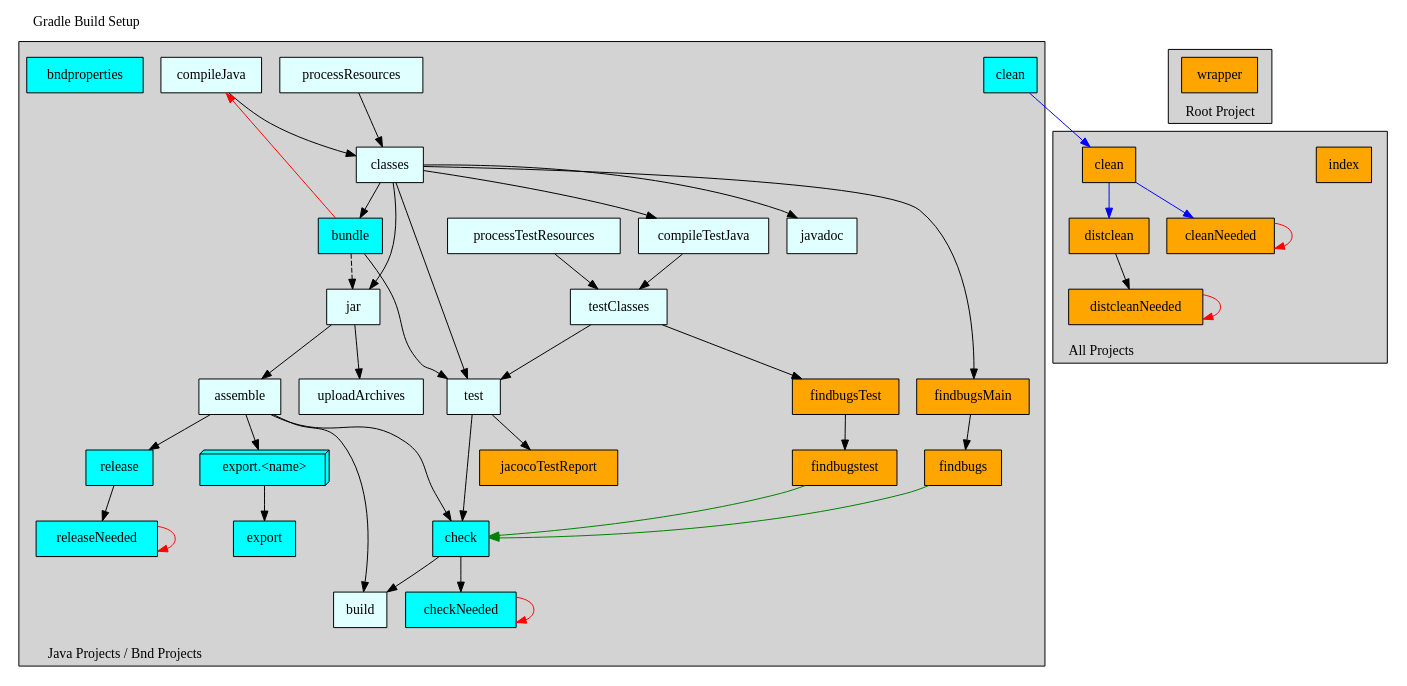
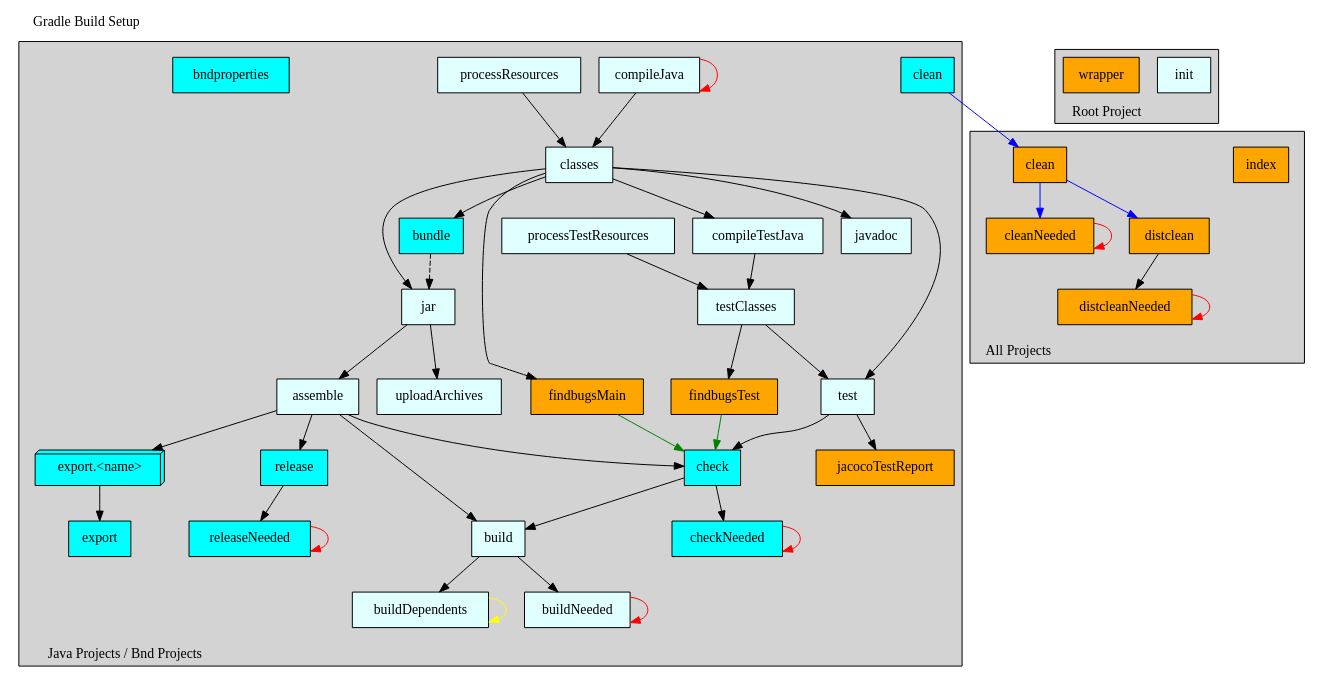
The diagram in cnf/gradle/doc/template.dot (paulvi/bndtoolsPlugins), drawn with Graphviz before and after one commit. The commit also changed 5 other files, not shown here.

```diff
--- a/cnf/gradle/doc/template.dot
+++ b/cnf/gradle/doc/template.dot
@@ -1,170 +1,188 @@
 /*
  * WARNING
  *
  * This file is maintained automatically by Bndtools.
  * You should not edit it.
  *
  * See the BUILDING-GRADLE.md document in the root project for more details.
  *
  * To create an SVG diagram from this file, install graphviz and run:
  *   dot -Tsvg "$1.dot" -o "$1.svg"   (on a Linux   machine)
  *   dot -Tsvg "%1.dot" -o "%1.svg"   (on a Windows machine)
  */
 
 
 digraph GradleSetup {
   label="Gradle Build Setup"
   labelloc=t
   labeljust=l
 
   subgraph cluster1 {
     label="Java Projects / Bnd Projects";
     labelloc=b
     labeljust=l
     style=filled;
     fillcolor=lightgrey;
     color=black;
 
-    subgraph cluster11 {
+    subgraph cluster101 {
       label="";
       style=invis;
       compileJava          [shape=box, style=filled, fillcolor=lightcyan, label="compileJava"         ]
       processResources     [shape=box, style=filled, fillcolor=lightcyan, label="processResources"    ]
       classes              [shape=box, style=filled, fillcolor=lightcyan, label="classes"             ]
+    }
+
+    subgraph cluster102 {
+      label="";
+      style=invis;
       jar                  [shape=box, style=filled, fillcolor=lightcyan, label="jar"                 ]
       bundle               [shape=box, style=filled, fillcolor=cyan     , label="bundle"              ]
     }
 
-    subgraph cluster12 {
+    subgraph cluster103 {
       label="";
       style=invis;
       compileTestJava      [shape=box, style=filled, fillcolor=lightcyan, label="compileTestJava"     ]
       processTestResources [shape=box, style=filled, fillcolor=lightcyan, label="processTestResources"]
       testClasses          [shape=box, style=filled, fillcolor=lightcyan, label="testClasses"         ]
-      test                 [shape=box, style=filled, fillcolor=lightcyan, label="test"                ]
-      jacocoTestReport     [shape=box, style=filled, fillcolor=orange   , label="jacocoTestReport"    ]
     }
 
-    subgraph cluster13 {
+    subgraph cluster104 {
+      label="";
+      style=invis;
+      test                 [shape=box, style=filled, fillcolor=lightcyan, label="test"                ]
+    }
+
+    subgraph cluster105 {
       label="";
       style=invis;
       uploadArchives       [shape=box, style=filled, fillcolor=lightcyan, label="uploadArchives"      ]
       assemble             [shape=box, style=filled, fillcolor=lightcyan, label="assemble"            ]
     }
 
-    subgraph cluster14 {
+    subgraph cluster106 {
       label="";
       style=invis;
       check                [shape=box, style=filled, fillcolor=cyan     , label="check"               ]
       checkNeeded          [shape=box, style=filled, fillcolor=cyan     , label="checkNeeded"         ]
     }
 
-    subgraph cluster15 {
+    subgraph cluster107 {
       label="";
       style=invis;
       release              [shape=box, style=filled, fillcolor=cyan     , label="release"             ]
       releaseNeeded        [shape=box, style=filled, fillcolor=cyan     , label="releaseNeeded"       ]
     }
 
-    subgraph cluster16 {
+    subgraph cluster108 {
       label="";
       style=invis;
       exportX              [shape=box3d, style=filled, fillcolor=cyan   , label="export.<name>"       ]
       export               [shape=box  , style=filled, fillcolor=cyan   , label="export"              ]
     }
 
-    subgraph cluster17 {
+    subgraph cluster109 {
       label="";
       style=invis;
-      findbugs             [shape=box, style=filled, fillcolor=orange   , label="findbugs"            ]
-      findbugsMain         [shape=box, style=filled, fillcolor=orange   , label="findbugsMain"        ]
-      findbugstest         [shape=box, style=filled, fillcolor=orange   , label="findbugstest"        ]
-      findbugsTest         [shape=box, style=filled, fillcolor=orange   , label="findbugsTest"        ]
+      build                [shape=box, style=filled, fillcolor=lightcyan, label="build"               ]
+      buildDependents      [shape=box, style=filled, fillcolor=lightcyan, label="buildDependents"     ]
+      buildNeeded          [shape=box, style=filled, fillcolor=lightcyan, label="buildNeeded"         ]
     }
 
-    build                  [shape=box, style=filled, fillcolor=lightcyan, label="build"               ]
+    subgraph cluster110 {
+      label="";
+      style=invis;
+    }
+
     javadoc                [shape=box, style=filled, fillcolor=lightcyan, label="javadoc"             ]
+
     clean                  [shape=box, style=filled, fillcolor=cyan     , label="clean"               ]
     bndproperties          [shape=box, style=filled, fillcolor=cyan     , label="bndproperties"       ]
+    jacocoTestReport       [shape=box, style=filled, fillcolor=orange   , label="jacocoTestReport"    ]
+    findbugsMain           [shape=box, style=filled, fillcolor=orange   , label="findbugsMain"        ]
+    findbugsTest           [shape=box, style=filled, fillcolor=orange   , label="findbugsTest"        ]
 
     compileJava            -> classes
     processResources       -> classes
     classes                -> javadoc
-    classes                -> test
     classes                -> compileTestJava
     classes                -> jar
+    classes                -> test
     compileTestJava        -> testClasses
     processTestResources   -> testClasses
     jar                    -> uploadArchives
     jar                    -> assemble
     testClasses            -> test
     assemble               -> build
     assemble               -> check
     test                   -> check
     check                  -> checkNeeded
     checkNeeded            -> checkNeeded        [color=red   ]
     check                  -> build
+    build                  -> buildDependents
+    buildDependents        -> buildDependents    [color=yellow]
+    build                  -> buildNeeded
+    buildNeeded            -> buildNeeded        [color=red   ]
 
     classes                -> bundle
-    bundle                 -> compileJava        [color=red   ]
     bundle                 -> jar                [style=dashed]
-    bundle                 -> test
+    compileJava            -> compileJava        [color=red   ]
     assemble               -> release
     assemble               -> exportX
     exportX                -> export
     release                -> releaseNeeded
     releaseNeeded          -> releaseNeeded      [color=red   ]
 
     classes                -> findbugsMain
     testClasses            -> findbugsTest
-    findbugsMain           -> findbugs
-    findbugsTest           -> findbugstest
-    findbugs               -> check              [color=green ]
-    findbugstest           -> check              [color=green ]
+    findbugsMain           -> check              [color=green ]
+    findbugsTest           -> check              [color=green ]
     test                   -> jacocoTestReport
   }
 
 
   subgraph cluster2 {
     label="Root Project";
     labelloc=b
     labeljust=l
     style=filled;
     fillcolor=lightgrey;
     color=black;
 
+    init                   [shape=box, style=filled, fillcolor=lightcyan, label="init"                ]
     wrapper                [shape=box, style=filled, fillcolor=orange   , label="wrapper"             ]
   }
 
 
   subgraph cluster3 {
     label="All Projects";
     labelloc=b
     labeljust=l
     style=filled;
     fillcolor=lightgrey;
     color=black;
 
-    subgraph cluster31 {
+    subgraph cluster301 {
       label="";
       style=invis;
       index                [shape=box, style=filled, fillcolor=orange   , label="index"               ]
     }
 
-    subgraph cluster32 {
+    subgraph cluster302 {
       label="";
       style=invis;
       cleanAll             [shape=box, style=filled, fillcolor=orange   , label="clean"               ]
       cleanAllNeeded       [shape=box, style=filled, fillcolor=orange   , label="cleanNeeded"         ]
       distclean            [shape=box, style=filled, fillcolor=orange   , label="distclean"           ]
       distcleanNeeded      [shape=box, style=filled, fillcolor=orange   , label="distcleanNeeded"     ]
     }
 
     clean                  -> cleanAll           [color=blue  ]
     cleanAll               -> cleanAllNeeded     [color=blue  ]
     cleanAllNeeded         -> cleanAllNeeded     [color=red   ]
     cleanAll               -> distclean          [color=blue  ]
     distclean              -> distcleanNeeded
     distcleanNeeded        -> distcleanNeeded    [color=red   ]
   }
 }
```
